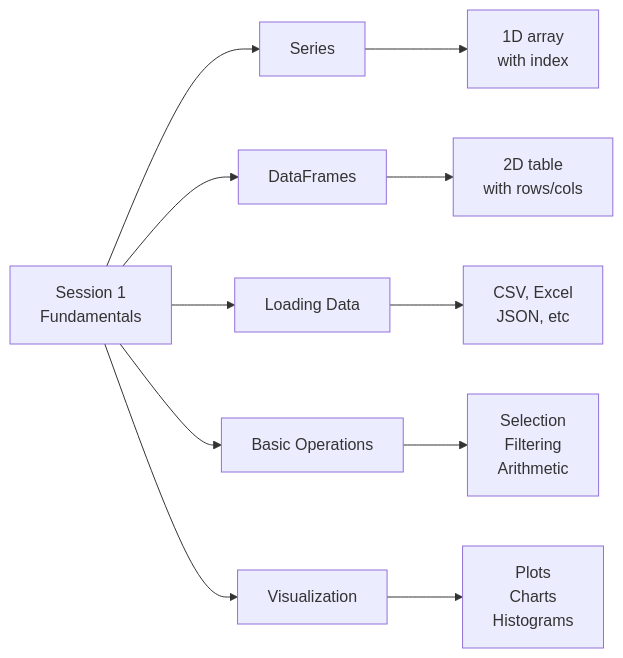
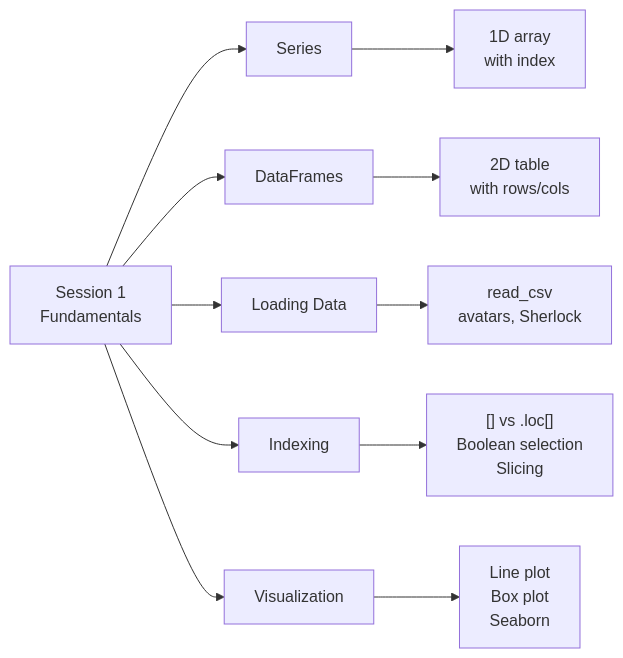
One commit to iportilla/CItraining changed the second of 11 diagrams in module-bd/DOCUMENTATION.md. Above: the diagram before and after it, drawn with Mermaid. The commit also changed other lines of this file and 4 other files, not shown here.

````diff
--- a/module-bd/DOCUMENTATION.md
+++ b/module-bd/DOCUMENTATION.md
@@ -86,14 +87,14 @@
 ```mermaid
 graph LR
     A["Session 1<br/>Fundamentals"] --> B["Series"]
     A --> C["DataFrames"]
     A --> D["Loading Data"]
-    A --> E["Basic Operations"]
+    A --> E["Indexing"]
     A --> F["Visualization"]
     
     B --> B1["1D array<br/>with index"]
     C --> C1["2D table<br/>with rows/cols"]
-    D --> D1["CSV, Excel<br/>JSON, etc"]
-    E --> E1["Selection<br/>Filtering<br/>Arithmetic"]
-    F --> F1["Plots<br/>Charts<br/>Histograms"]
+    D --> D1["read_csv<br/>avatars, Sherlock"]
+    E --> E1["[] vs .loc[]<br/>Boolean selection<br/>Slicing"]
+    F --> F1["Line plot<br/>Box plot<br/>Seaborn"]
 ```
````
